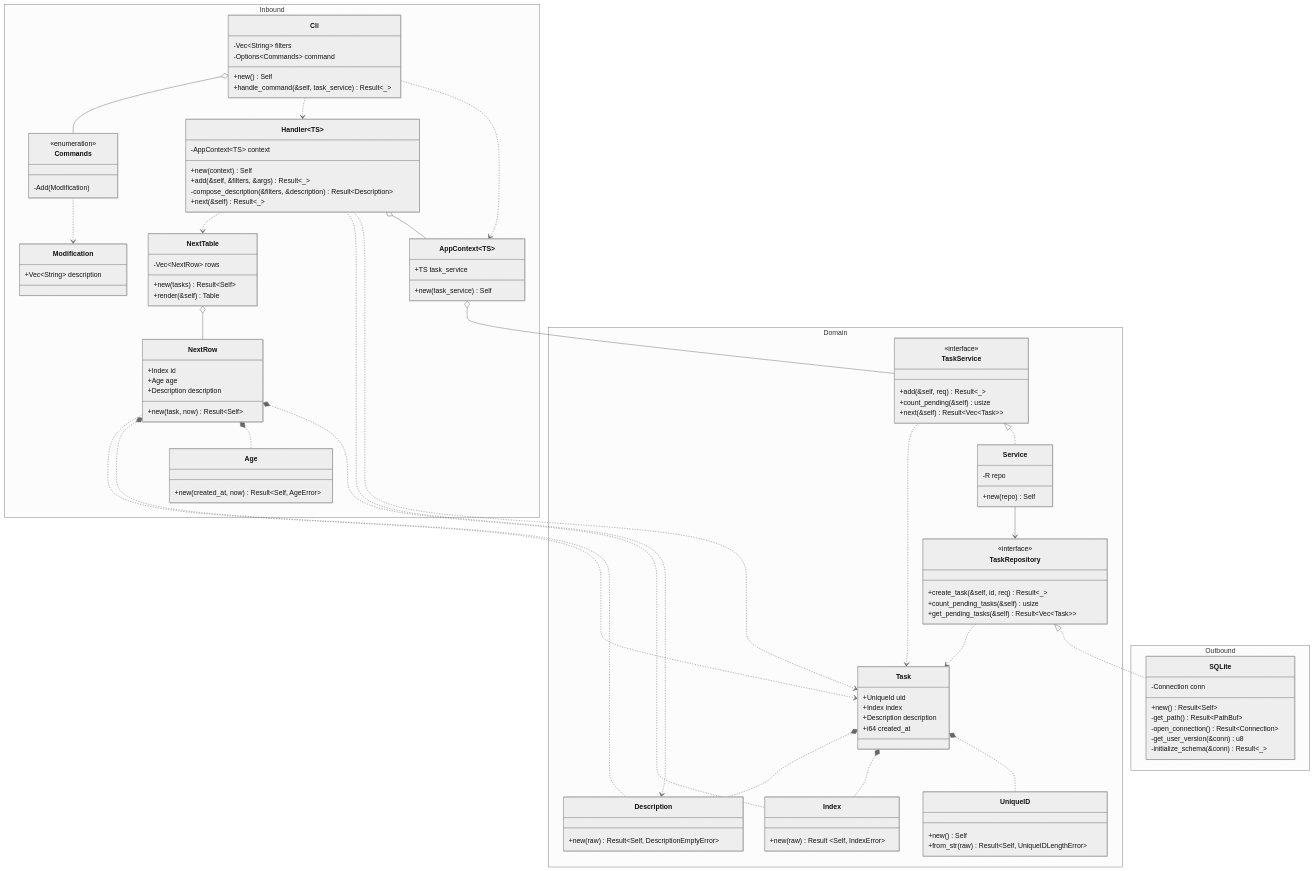
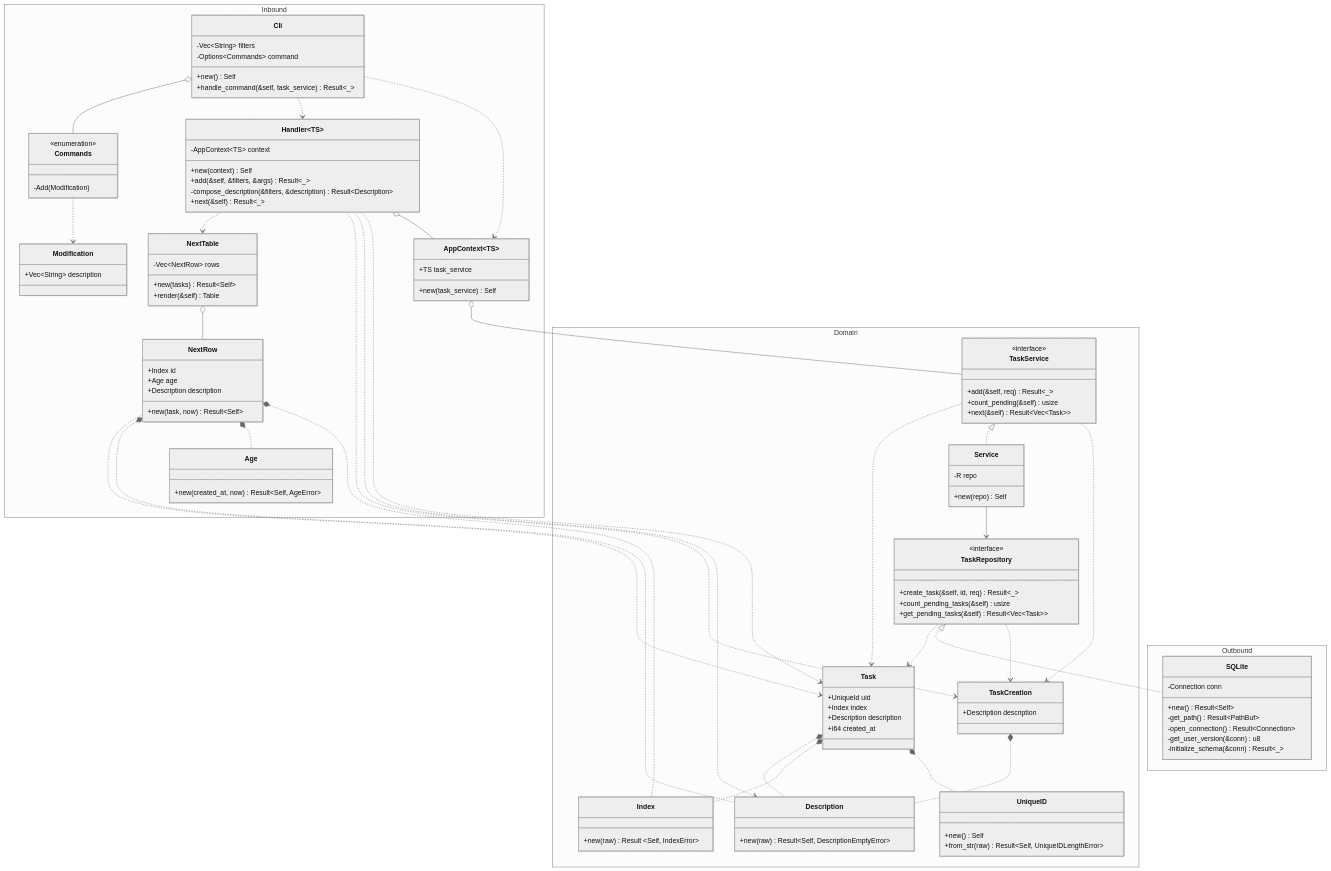
The diagram in docs/class.md (rvnkcode/dawn), drawn with Mermaid (neutral theme) before and after one commit.

Commit message:
docs: updated class diagram - added `TaskCreation`

```diff
--- a/docs/class.md
+++ b/docs/class.md
@@ -55,6 +55,10 @@
   Task *.. UniqueID
   Task *.. Index
   Task *.. Description
+  TaskCreation *.. Description
+  Handler~TS~ ..> TaskCreation
+  TaskService ..> TaskCreation
+  TaskRepository ..> TaskCreation
   NextRow *.. Index
   NextRow *.. Age
   NextRow *.. Description
@@ -82,6 +86,9 @@
       +Index index
       +Description description
       +i64 created_at
+    }
+    class TaskCreation {
+      +Description description
     }
     class TaskService {
       <<interface>>
```
